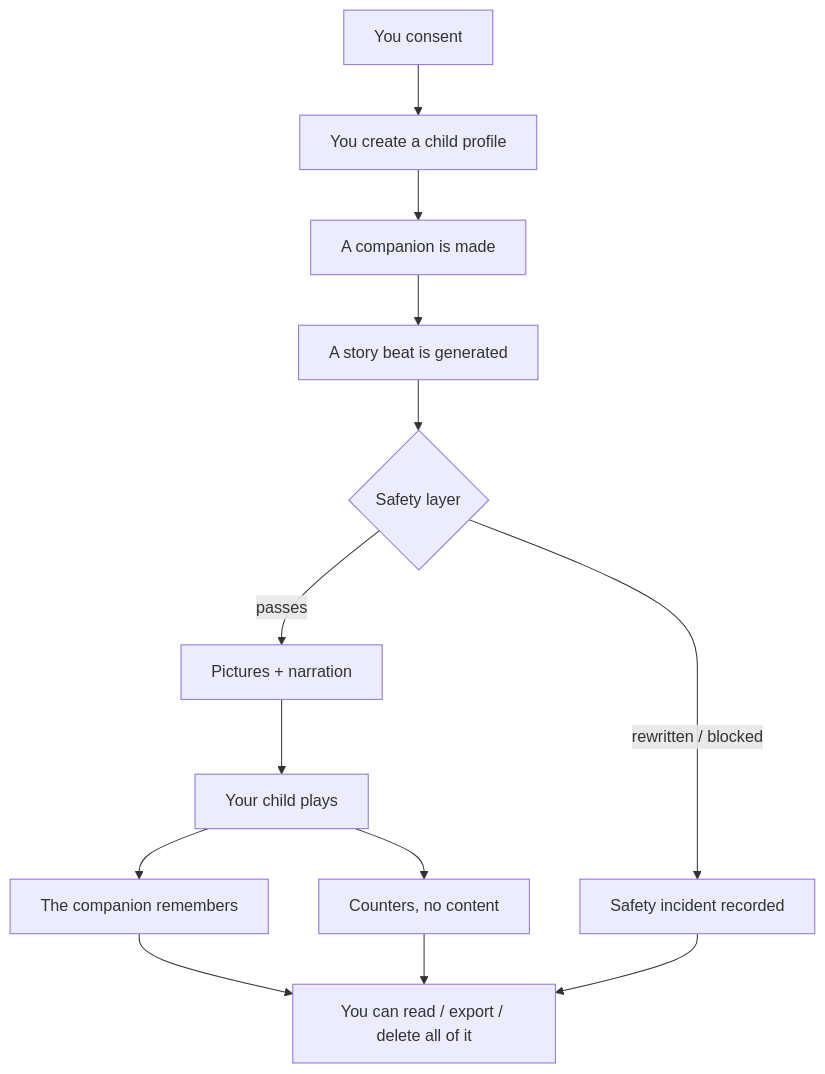
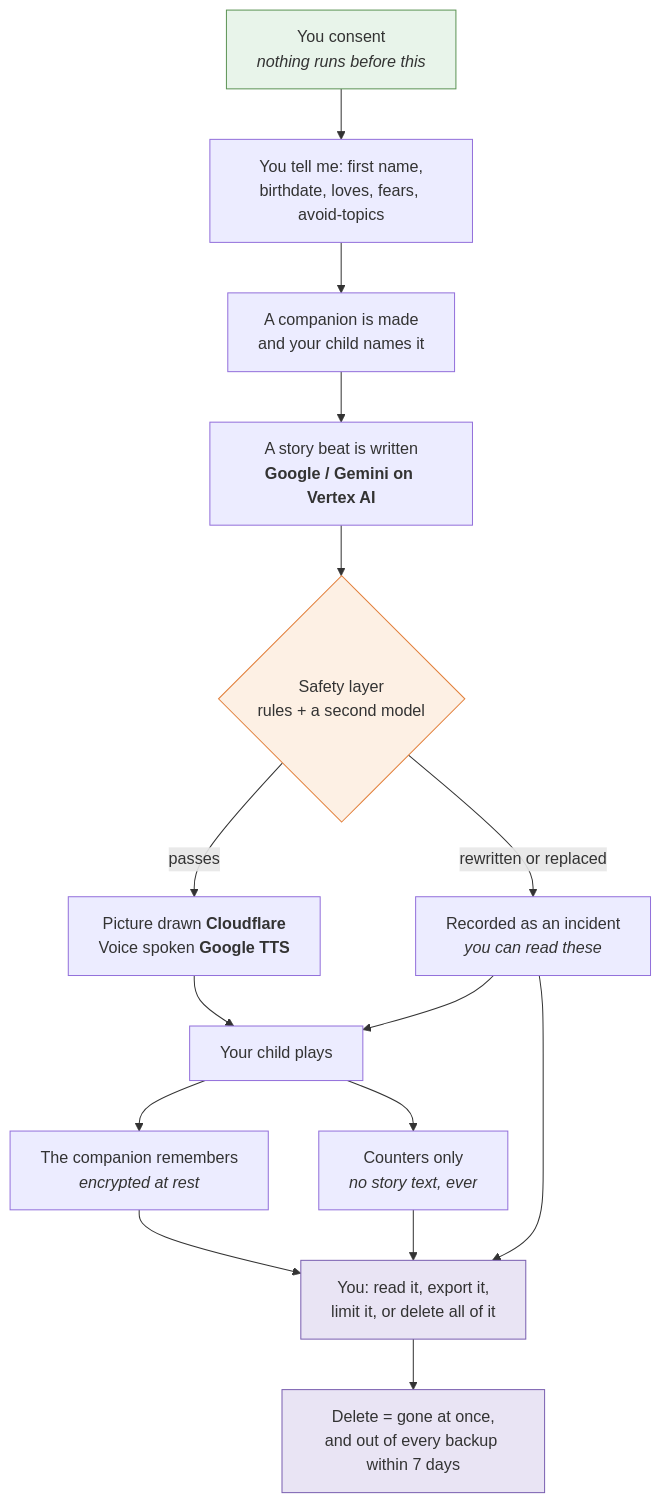
One commit to ullasgowda15/Vidhye-ThePrimer changed the diagram in Docs/Parent-Data-SOP.md. Above: the diagram before and after it, drawn with Mermaid. The commit also changed other lines of this file, not shown here.

First line of the commit message:
Docs: rewrite the parent data guide in the founder's own voice, and name the providers correctly

````diff
--- a/Docs/Parent-Data-SOP.md
+++ b/Docs/Parent-Data-SOP.md
@@ -37,15 +30,22 @@
 ```mermaid
 flowchart TD
-    A[You consent] --> B[You create a child profile]
-    B --> C[A companion is made]
-    C --> D[A story beat is generated]
-    D --> E{Safety layer}
-    E -->|passes| F[Pictures + narration]
-    E -->|rewritten / blocked| G[Safety incident recorded]
-    F --> H[Your child plays]
-    H --> I[The companion remembers]
-    H --> J[Counters, no content]
-    I --> K[You can read / export / delete all of it]
+    A["You consent<br/><i>nothing runs before this</i>"] --> B["You tell me: first name,<br/>birthdate, loves, fears, avoid-topics"]
+    B --> C["A companion is made<br/>and your child names it"]
+    C --> D["A story beat is written<br/><b>Google / Gemini on Vertex AI</b>"]
+    D --> E{"Safety layer<br/>rules + a second model"}
+    E -->|"passes"| F["Picture drawn <b>Cloudflare</b><br/>Voice spoken <b>Google TTS</b>"]
+    E -->|"rewritten or replaced"| G["Recorded as an incident<br/><i>you can read these</i>"]
+    F --> H["Your child plays"]
+    G --> H
+    H --> I["The companion remembers<br/><i>encrypted at rest</i>"]
+    H --> J["Counters only<br/><i>no story text, ever</i>"]
+    I --> K["You: read it, export it,<br/>limit it, or delete all of it"]
+    J --> K
     G --> K
-    J --> K
+    K --> L["Delete = gone at once,<br/>and out of every backup within 7 days"]
+
+    style A fill:#e8f4ea,stroke:#5c9455
+    style E fill:#fdf0e4,stroke:#e2803c
+    style K fill:#e9e4f4,stroke:#7a5fb0
+    style L fill:#e9e4f4,stroke:#7a5fb0
 ```
````
